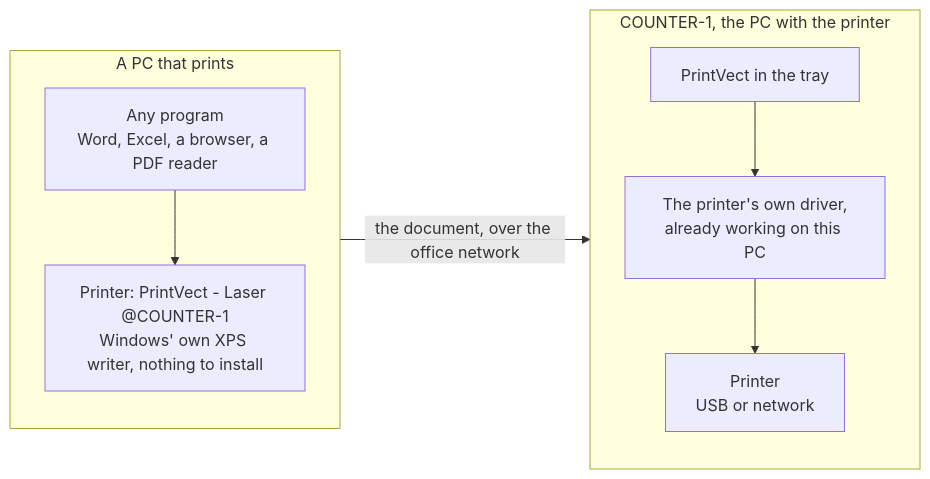
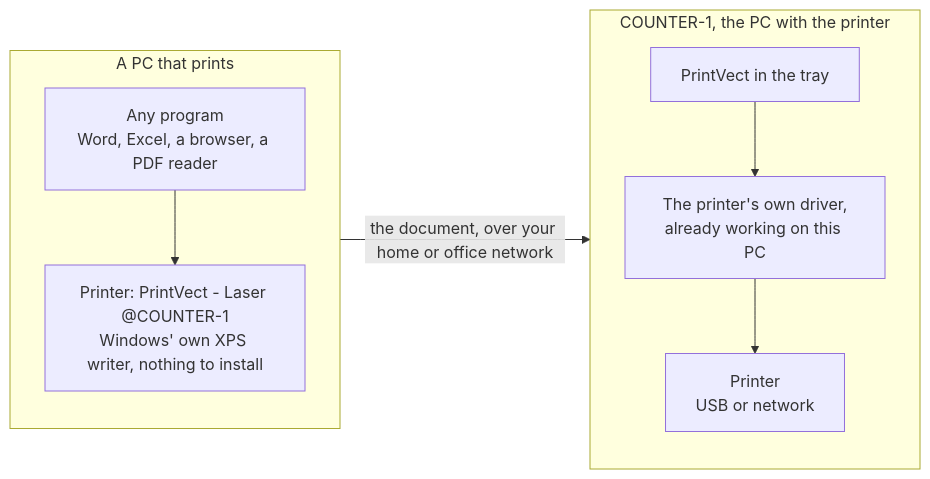
One commit to rahulranjan-dev-py/PrintVect changed the diagram in README.md. Above: the diagram before and after it, drawn with Mermaid. The commit also changed other lines of this file and 6 other files, not shown here.

````diff
--- a/README.md
+++ b/README.md
@@ -41,12 +42,12 @@
 ```mermaid
 flowchart LR
     subgraph client ["A PC that prints"]
         direction TB
         app["Any program<br/>Word, Excel, a browser, a PDF reader"] --> vp["Printer: PrintVect - Laser @COUNTER-1<br/>Windows' own XPS writer, nothing to install"]
     end
     subgraph host ["COUNTER-1, the PC with the printer"]
         direction TB
         pv["PrintVect in the tray"] --> drv["The printer's own driver,<br/>already working on this PC"] --> prn["Printer<br/>USB or network"]
     end
-    client -- "the document, over the office network" --> host
+    client -- "the document, over your home or office network" --> host
 ```
````
